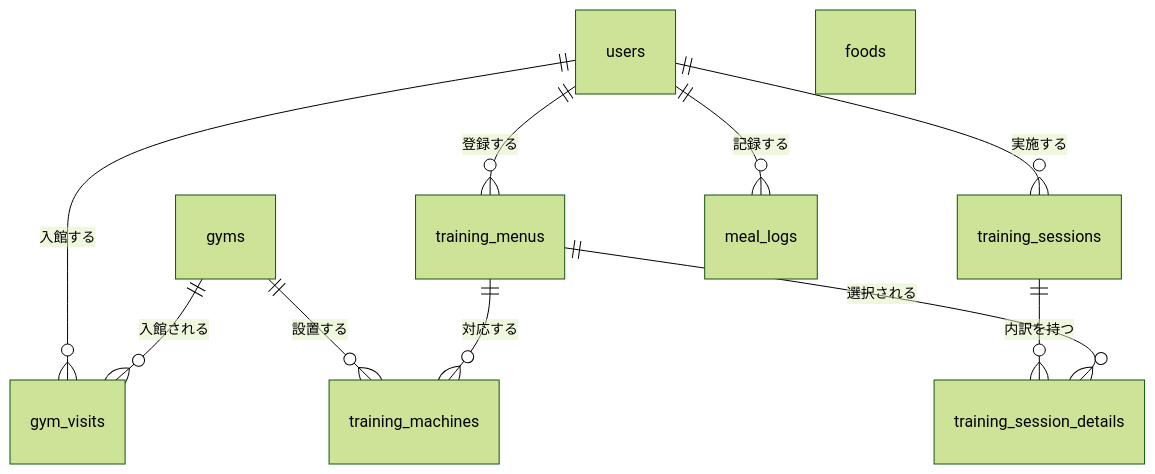
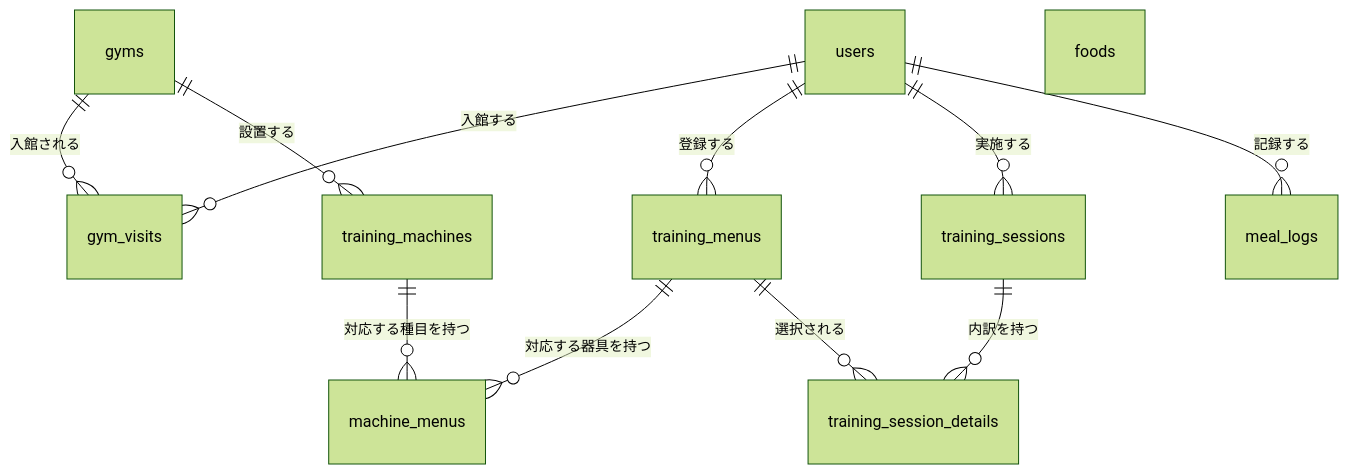
The first of 2 diagrams in docs/02_設計/30_データ・IF設計/01_データモデル.md (k-okada51/okada-fit), drawn with Mermaid (forest theme) before and after one commit. The commit also changed other lines of this file and 8 other files, not shown here.

````diff
--- a/docs/02_設計/30_データ・IF設計/01_データモデル.md
+++ b/docs/02_設計/30_データ・IF設計/01_データモデル.md
@@ -40,13 +41,14 @@
 ```mermaid
 erDiagram
   users ||--o{ gym_visits : "入館する"
   gyms  ||--o{ gym_visits : "入館される"
   users ||--o{ training_menus : "登録する"
   users ||--o{ training_sessions : "実施する"
   users ||--o{ meal_logs : "記録する"
   gyms  ||--o{ training_machines : "設置する"
-  training_menus ||--o{ training_machines : "対応する"
+  training_machines ||--o{ machine_menus : "対応する種目を持つ"
+  training_menus ||--o{ machine_menus : "対応する器具を持つ"
   training_sessions ||--o{ training_session_details : "内訳を持つ"
   training_menus ||--o{ training_session_details : "選択される"
   foods
 ```
````
